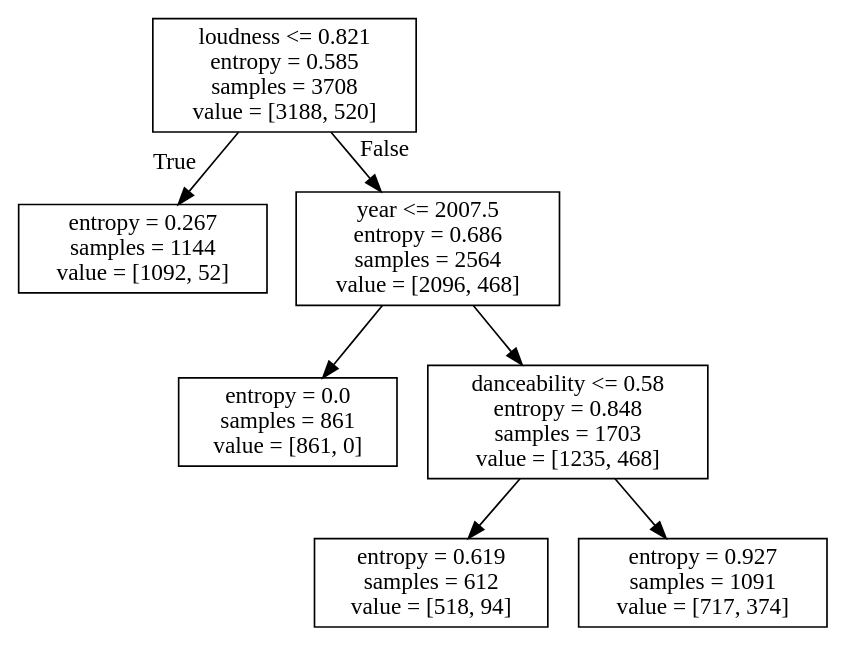
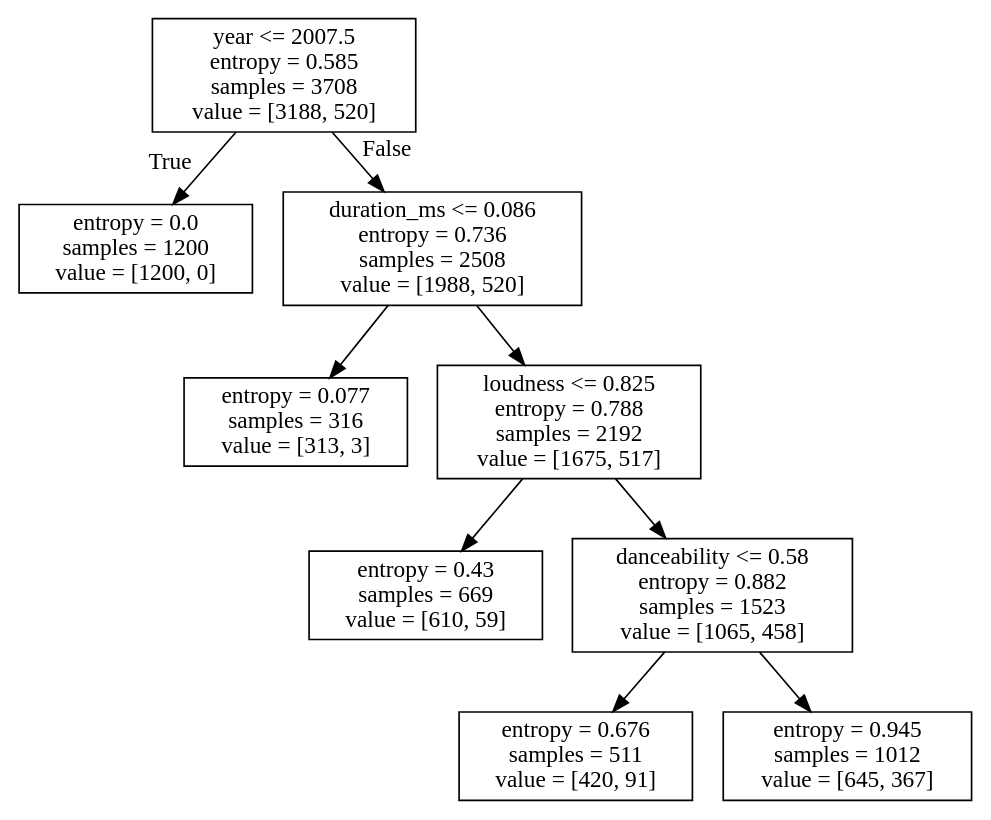
Before and after one commit to CrystalCo/audio_features_popularity_classifiers: the diagram in pop_DT.dot, drawn with Graphviz. The commit also changed 49 other files, not shown here.

```diff
--- a/pop_DT.dot
+++ b/pop_DT.dot
@@ -1,16 +1,20 @@
 digraph Tree {
 node [shape=box] ;
-0 [label="loudness <= 0.821\nentropy = 0.585\nsamples = 3708\nvalue = [3188, 520]"] ;
-1 [label="entropy = 0.267\nsamples = 1144\nvalue = [1092, 52]"] ;
+0 [label="year <= 2007.5\nentropy = 0.585\nsamples = 3708\nvalue = [3188, 520]"] ;
+1 [label="entropy = 0.0\nsamples = 1200\nvalue = [1200, 0]"] ;
 0 -> 1 [labeldistance=2.5, labelangle=45, headlabel="True"] ;
-2 [label="year <= 2007.5\nentropy = 0.686\nsamples = 2564\nvalue = [2096, 468]"] ;
+2 [label="duration_ms <= 0.086\nentropy = 0.736\nsamples = 2508\nvalue = [1988, 520]"] ;
 0 -> 2 [labeldistance=2.5, labelangle=-45, headlabel="False"] ;
-3 [label="entropy = 0.0\nsamples = 861\nvalue = [861, 0]"] ;
+3 [label="entropy = 0.077\nsamples = 316\nvalue = [313, 3]"] ;
 2 -> 3 ;
-4 [label="danceability <= 0.58\nentropy = 0.848\nsamples = 1703\nvalue = [1235, 468]"] ;
+4 [label="loudness <= 0.825\nentropy = 0.788\nsamples = 2192\nvalue = [1675, 517]"] ;
 2 -> 4 ;
-5 [label="entropy = 0.619\nsamples = 612\nvalue = [518, 94]"] ;
+5 [label="entropy = 0.43\nsamples = 669\nvalue = [610, 59]"] ;
 4 -> 5 ;
-6 [label="entropy = 0.927\nsamples = 1091\nvalue = [717, 374]"] ;
+6 [label="danceability <= 0.58\nentropy = 0.882\nsamples = 1523\nvalue = [1065, 458]"] ;
 4 -> 6 ;
+7 [label="entropy = 0.676\nsamples = 511\nvalue = [420, 91]"] ;
+6 -> 7 ;
+8 [label="entropy = 0.945\nsamples = 1012\nvalue = [645, 367]"] ;
+6 -> 8 ;
 }
```
